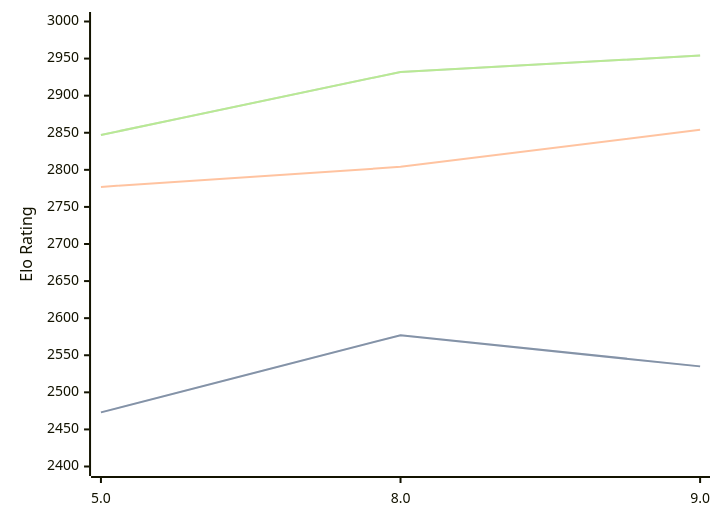
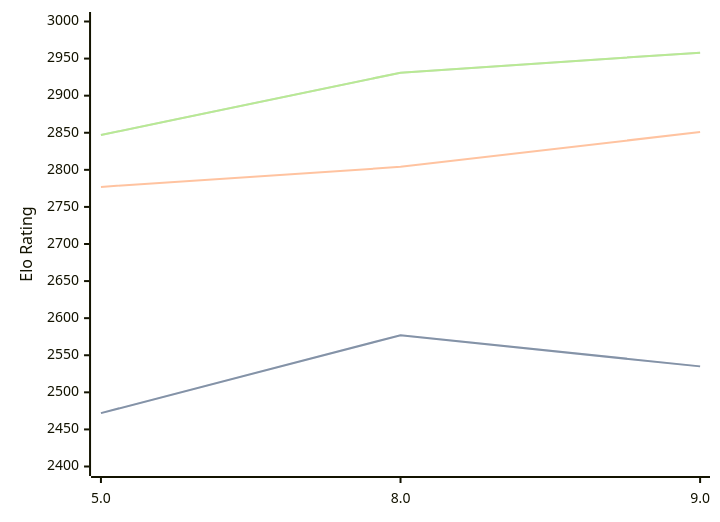
Before and after one commit to computer-chess-index/cci: the third of 3 diagrams in engines/4kc.md, drawn with Mermaid. The commit also changed other lines of this file, not shown here.

Commit message:
Update CCI Ratings (ELO VLTC) - 2026-06-27

````diff
--- a/engines/4kc.md
+++ b/engines/4kc.md
@@ -75,11 +75,11 @@
 ```mermaid
 %%{init: {"theme":"base","themeVariables":{"seriesColors:['#a3a3a3','#222221','#faa371']}}}%%
 xychart-beta
   x-axis ["5.0", "8.0", "9.0"]
   y-axis "Elo Rating" 2400 --> 3000
-  line "STC (8.0+0.08s)" [2473, 2577, 2535]
-  line "STC (8.0+0.08s)" [2473, 2577, 2535]
-  line "LTC (60.0+0.60s)" [2777, 2804, 2854]
-  line "VLTC (2m24s+1.12s)" [2847, 2932, 2954]
-  line "VLTC (2m24s+1.12s)" [2847, 2932, 2954]
+  line "STC (8.0+0.08s)" [2472, 2577, 2535]
+  line "STC (8.0+0.08s)" [2472, 2577, 2535]
+  line "LTC (60.0+0.60s)" [2777, 2804, 2851]
+  line "VLTC (2m24s+1.12s)" [2847, 2931, 2958]
+  line "VLTC (2m24s+1.12s)" [2847, 2931, 2958]
 ```
````
